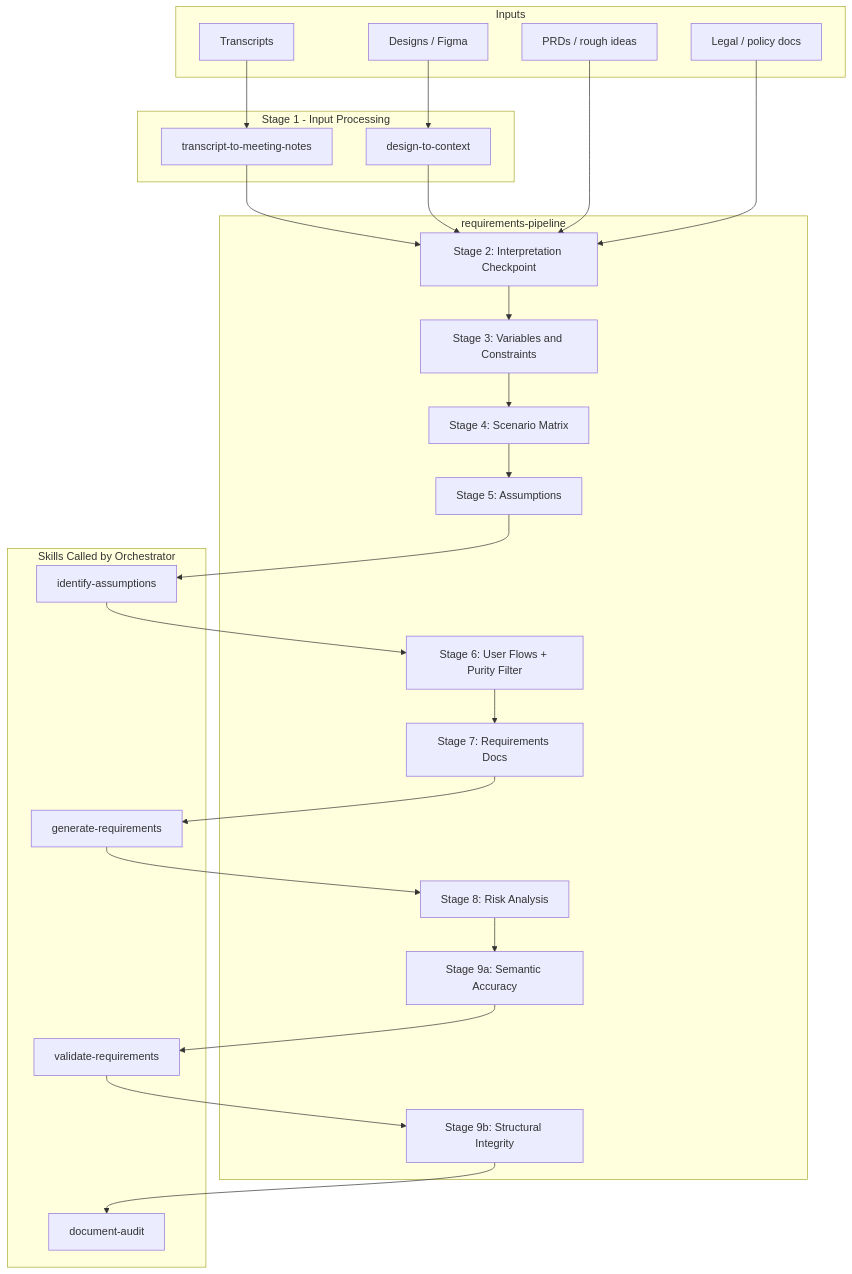
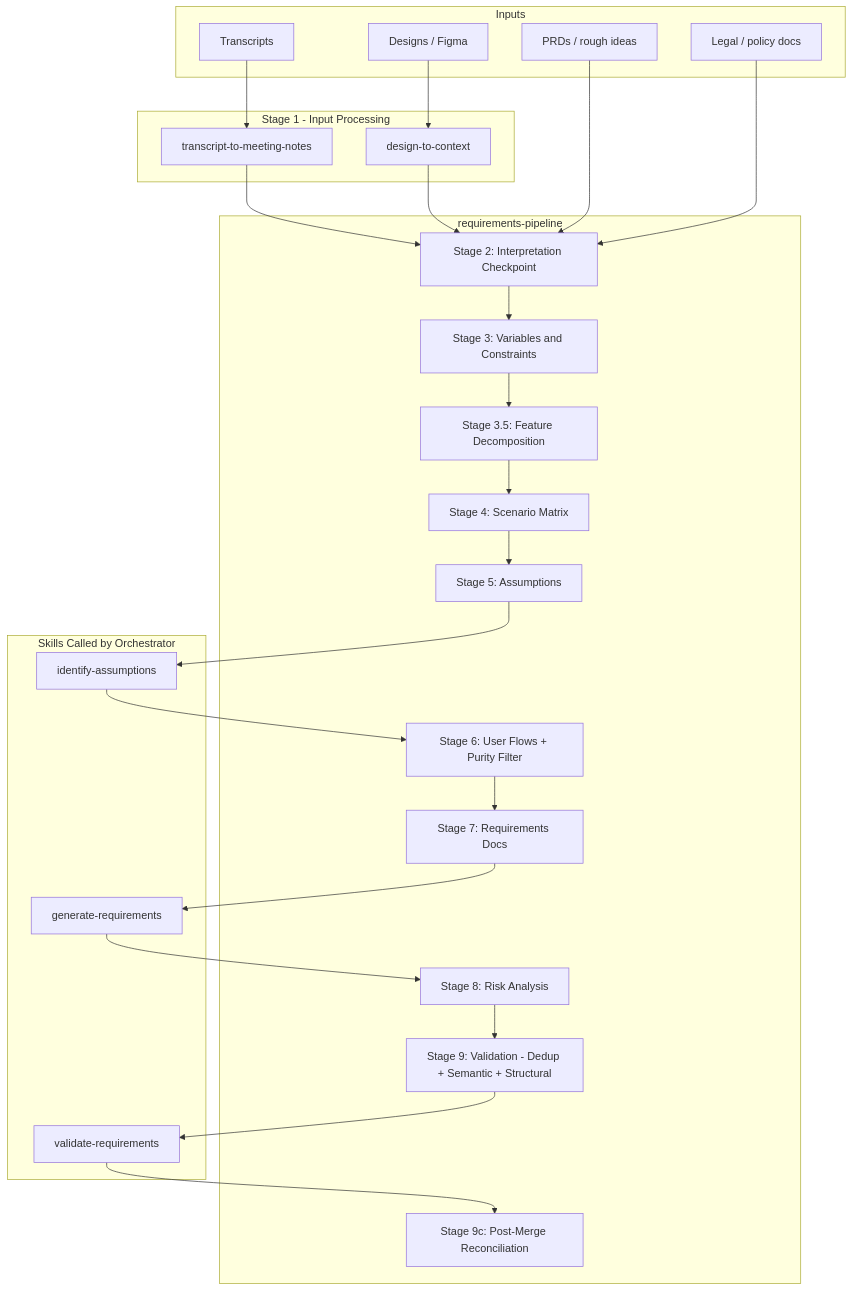
Before and after one commit to rushikeshpol02/ai-skills: the first of 4 diagrams in docs/workflow-guide.md, drawn with Mermaid. The commit also changed other lines of this file and 38 other files, not shown here.

````diff
--- a/docs/workflow-guide.md
+++ b/docs/workflow-guide.md
@@ -22,52 +22,52 @@
 ```mermaid
 flowchart TD
     subgraph inputs [Inputs]
         T[Transcripts]
         D[Designs / Figma]
         P[PRDs / rough ideas]
         L[Legal / policy docs]
     end
 
     subgraph stage1 [Stage 1 - Input Processing]
         TMN[transcript-to-meeting-notes]
         DTC[design-to-context]
     end
 
     subgraph orchestrator [requirements-pipeline]
         S2[Stage 2: Interpretation Checkpoint]
         S3[Stage 3: Variables and Constraints]
+        S35[Stage 3.5: Feature Decomposition]
         S4[Stage 4: Scenario Matrix]
         S5[Stage 5: Assumptions]
         S6[Stage 6: User Flows + Purity Filter]
         S7[Stage 7: Requirements Docs]
         S8[Stage 8: Risk Analysis]
-        S9a[Stage 9a: Semantic Accuracy]
-        S9b[Stage 9b: Structural Integrity]
+        S9[Stage 9: Validation - Dedup + Semantic + Structural]
+        S9c[Stage 9c: Post-Merge Reconciliation]
     end
 
     subgraph calledSkills [Skills Called by Orchestrator]
         IA[identify-assumptions]
         GR[generate-requirements]
         VR[validate-requirements]
-        DA[document-audit]
     end
 
     T --> TMN
     D --> DTC
     TMN --> S2
     DTC --> S2
     P --> S2
     L --> S2
 
-    S2 --> S3 --> S4
+    S2 --> S3 --> S35
+    S35 --> S4
     S4 --> S5
     S5 --> IA
     IA --> S6
     S6 --> S7
     S7 --> GR
     GR --> S8
-    S8 --> S9a
-    S9a --> VR
-    VR --> S9b
-    S9b --> DA
+    S8 --> S9
+    S9 --> VR
+    VR --> S9c
 ```
````
